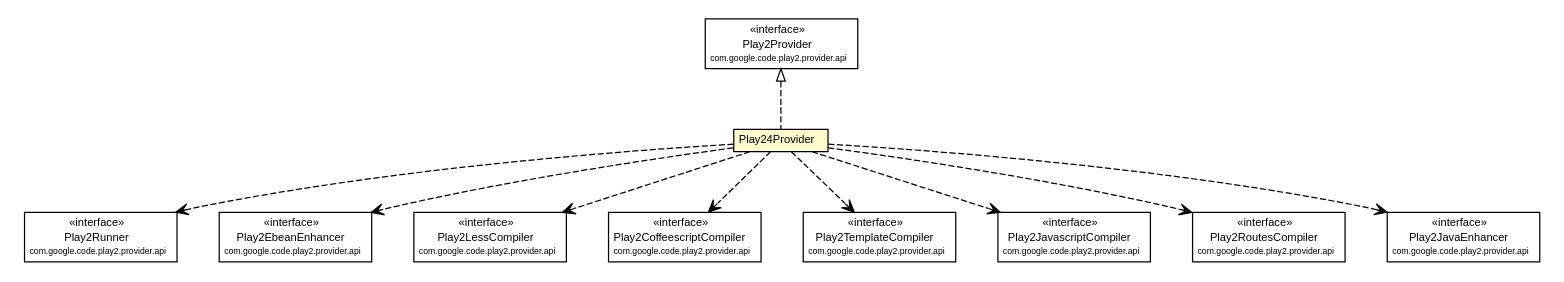
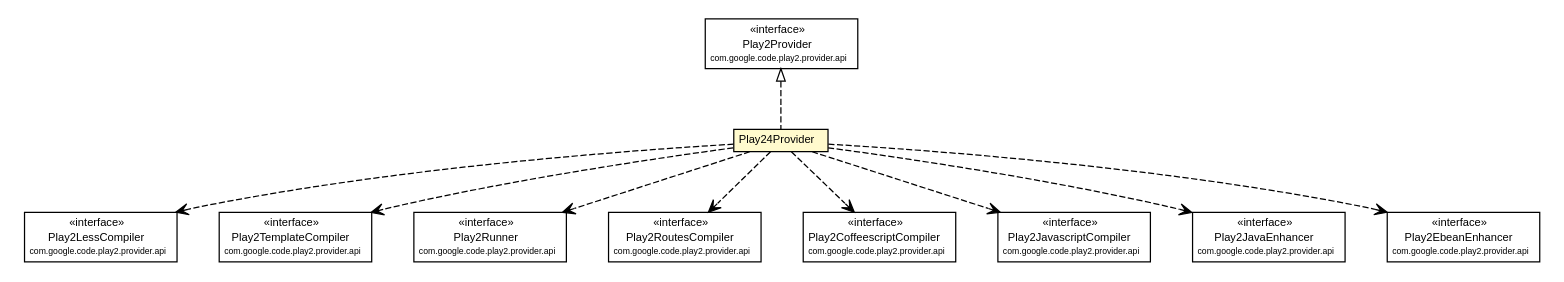
Before and after one commit to wouterhardeman/play2-maven-plugin: the diagram in mavensite/1.0.0-beta3/play2-providers/play2-provider-play24/apidocs/com/google/code/play2/provider/play24/Play24Provider.dot, drawn with Graphviz. The commit also changed 600 other files, not shown here.

```diff
--- a/mavensite/1.0.0-beta3/play2-providers/play2-provider-play24/apidocs/com/google/code/play2/provider/play24/Play24Provider.dot
+++ b/mavensite/1.0.0-beta3/play2-providers/play2-provider-play24/apidocs/com/google/code/play2/provider/play24/Play24Provider.dot
@@ -1,108 +1,108 @@
 #!/usr/local/bin/dot
 #
 # Class diagram 
 # Generated by UMLGraph version R5_6-24-gf6e263 (http://www.umlgraph.org/)
 #
 
 digraph G {
 	edge [fontname="arial",fontsize=10,labelfontname="arial",labelfontsize=10];
 	node [fontname="arial",fontsize=10,shape=plaintext];
 	nodesep=0.25;
 	ranksep=0.5;
 	// com.google.code.play2.provider.play24.Play24Provider
 	c190 [label=<<table title="com.google.code.play2.provider.play24.Play24Provider" border="0" cellborder="1" cellspacing="0" cellpadding="2" port="p" bgcolor="lemonChiffon" href="./Play24Provider.html">
 		<tr><td><table border="0" cellspacing="0" cellpadding="1">
 <tr><td align="center" balign="center"> Play24Provider </td></tr>
 		</table></td></tr>
 		</table>>, URL="./Play24Provider.html", fontname="arial", fontcolor="black", fontsize=9.0];
 	//com.google.code.play2.provider.play24.Play24Provider implements com.google.code.play2.provider.api.Play2Provider
 	c199:p -> c190:p [dir=back,arrowtail=empty,style=dashed];
+	// com.google.code.play2.provider.play24.Play24Provider DEPEND com.google.code.play2.provider.api.Play2LessCompiler
+	c190:p -> c200:p [taillabel="", label="", headlabel="", fontname="arial", fontcolor="black", fontsize=10.0, color="black", arrowhead=open, style=dashed];
+	// com.google.code.play2.provider.play24.Play24Provider DEPEND com.google.code.play2.provider.api.Play2TemplateCompiler
+	c190:p -> c201:p [taillabel="", label="", headlabel="", fontname="arial", fontcolor="black", fontsize=10.0, color="black", arrowhead=open, style=dashed];
 	// com.google.code.play2.provider.play24.Play24Provider DEPEND com.google.code.play2.provider.api.Play2Runner
-	c190:p -> c200:p [taillabel="", label="", headlabel="", fontname="arial", fontcolor="black", fontsize=10.0, color="black", arrowhead=open, style=dashed];
-	// com.google.code.play2.provider.play24.Play24Provider DEPEND com.google.code.play2.provider.api.Play2EbeanEnhancer
-	c190:p -> c201:p [taillabel="", label="", headlabel="", fontname="arial", fontcolor="black", fontsize=10.0, color="black", arrowhead=open, style=dashed];
-	// com.google.code.play2.provider.play24.Play24Provider DEPEND com.google.code.play2.provider.api.Play2LessCompiler
 	c190:p -> c202:p [taillabel="", label="", headlabel="", fontname="arial", fontcolor="black", fontsize=10.0, color="black", arrowhead=open, style=dashed];
+	// com.google.code.play2.provider.play24.Play24Provider DEPEND com.google.code.play2.provider.api.Play2RoutesCompiler
+	c190:p -> c203:p [taillabel="", label="", headlabel="", fontname="arial", fontcolor="black", fontsize=10.0, color="black", arrowhead=open, style=dashed];
 	// com.google.code.play2.provider.play24.Play24Provider DEPEND com.google.code.play2.provider.api.Play2CoffeescriptCompiler
-	c190:p -> c203:p [taillabel="", label="", headlabel="", fontname="arial", fontcolor="black", fontsize=10.0, color="black", arrowhead=open, style=dashed];
-	// com.google.code.play2.provider.play24.Play24Provider DEPEND com.google.code.play2.provider.api.Play2TemplateCompiler
 	c190:p -> c204:p [taillabel="", label="", headlabel="", fontname="arial", fontcolor="black", fontsize=10.0, color="black", arrowhead=open, style=dashed];
 	// com.google.code.play2.provider.play24.Play24Provider DEPEND com.google.code.play2.provider.api.Play2JavascriptCompiler
 	c190:p -> c205:p [taillabel="", label="", headlabel="", fontname="arial", fontcolor="black", fontsize=10.0, color="black", arrowhead=open, style=dashed];
-	// com.google.code.play2.provider.play24.Play24Provider DEPEND com.google.code.play2.provider.api.Play2RoutesCompiler
+	// com.google.code.play2.provider.play24.Play24Provider DEPEND com.google.code.play2.provider.api.Play2JavaEnhancer
 	c190:p -> c206:p [taillabel="", label="", headlabel="", fontname="arial", fontcolor="black", fontsize=10.0, color="black", arrowhead=open, style=dashed];
-	// com.google.code.play2.provider.play24.Play24Provider DEPEND com.google.code.play2.provider.api.Play2JavaEnhancer
+	// com.google.code.play2.provider.play24.Play24Provider DEPEND com.google.code.play2.provider.api.Play2EbeanEnhancer
 	c190:p -> c207:p [taillabel="", label="", headlabel="", fontname="arial", fontcolor="black", fontsize=10.0, color="black", arrowhead=open, style=dashed];
 	// com.google.code.play2.provider.api.Play2Provider
 	c199 [label=<<table title="com.google.code.play2.provider.api.Play2Provider" border="0" cellborder="1" cellspacing="0" cellpadding="2" port="p">
 		<tr><td><table border="0" cellspacing="0" cellpadding="1">
 <tr><td align="center" balign="center"> &#171;interface&#187; </td></tr>
 <tr><td align="center" balign="center"> Play2Provider </td></tr>
 <tr><td align="center" balign="center"><font point-size="7.0"> com.google.code.play2.provider.api </font></td></tr>
 		</table></td></tr>
 		</table>>, URL="null", fontname="arial", fontcolor="black", fontsize=9.0];
 	// com.google.code.play2.provider.api.Play2RoutesCompiler
-	c206 [label=<<table title="com.google.code.play2.provider.api.Play2RoutesCompiler" border="0" cellborder="1" cellspacing="0" cellpadding="2" port="p">
+	c203 [label=<<table title="com.google.code.play2.provider.api.Play2RoutesCompiler" border="0" cellborder="1" cellspacing="0" cellpadding="2" port="p">
 		<tr><td><table border="0" cellspacing="0" cellpadding="1">
 <tr><td align="center" balign="center"> &#171;interface&#187; </td></tr>
 <tr><td align="center" balign="center"> Play2RoutesCompiler </td></tr>
 <tr><td align="center" balign="center"><font point-size="7.0"> com.google.code.play2.provider.api </font></td></tr>
 		</table></td></tr>
 		</table>>, URL="null", fontname="arial", fontcolor="black", fontsize=9.0];
 	// com.google.code.play2.provider.api.Play2LessCompiler
-	c202 [label=<<table title="com.google.code.play2.provider.api.Play2LessCompiler" border="0" cellborder="1" cellspacing="0" cellpadding="2" port="p">
+	c200 [label=<<table title="com.google.code.play2.provider.api.Play2LessCompiler" border="0" cellborder="1" cellspacing="0" cellpadding="2" port="p">
 		<tr><td><table border="0" cellspacing="0" cellpadding="1">
 <tr><td align="center" balign="center"> &#171;interface&#187; </td></tr>
 <tr><td align="center" balign="center"> Play2LessCompiler </td></tr>
 <tr><td align="center" balign="center"><font point-size="7.0"> com.google.code.play2.provider.api </font></td></tr>
 		</table></td></tr>
 		</table>>, URL="null", fontname="arial", fontcolor="black", fontsize=9.0];
 	// com.google.code.play2.provider.api.Play2TemplateCompiler
-	c204 [label=<<table title="com.google.code.play2.provider.api.Play2TemplateCompiler" border="0" cellborder="1" cellspacing="0" cellpadding="2" port="p">
+	c201 [label=<<table title="com.google.code.play2.provider.api.Play2TemplateCompiler" border="0" cellborder="1" cellspacing="0" cellpadding="2" port="p">
 		<tr><td><table border="0" cellspacing="0" cellpadding="1">
 <tr><td align="center" balign="center"> &#171;interface&#187; </td></tr>
 <tr><td align="center" balign="center"> Play2TemplateCompiler </td></tr>
 <tr><td align="center" balign="center"><font point-size="7.0"> com.google.code.play2.provider.api </font></td></tr>
 		</table></td></tr>
 		</table>>, URL="null", fontname="arial", fontcolor="black", fontsize=9.0];
 	// com.google.code.play2.provider.api.Play2CoffeescriptCompiler
-	c203 [label=<<table title="com.google.code.play2.provider.api.Play2CoffeescriptCompiler" border="0" cellborder="1" cellspacing="0" cellpadding="2" port="p">
+	c204 [label=<<table title="com.google.code.play2.provider.api.Play2CoffeescriptCompiler" border="0" cellborder="1" cellspacing="0" cellpadding="2" port="p">
 		<tr><td><table border="0" cellspacing="0" cellpadding="1">
 <tr><td align="center" balign="center"> &#171;interface&#187; </td></tr>
 <tr><td align="center" balign="center"> Play2CoffeescriptCompiler </td></tr>
 <tr><td align="center" balign="center"><font point-size="7.0"> com.google.code.play2.provider.api </font></td></tr>
 		</table></td></tr>
 		</table>>, URL="null", fontname="arial", fontcolor="black", fontsize=9.0];
 	// com.google.code.play2.provider.api.Play2EbeanEnhancer
-	c201 [label=<<table title="com.google.code.play2.provider.api.Play2EbeanEnhancer" border="0" cellborder="1" cellspacing="0" cellpadding="2" port="p">
+	c207 [label=<<table title="com.google.code.play2.provider.api.Play2EbeanEnhancer" border="0" cellborder="1" cellspacing="0" cellpadding="2" port="p">
 		<tr><td><table border="0" cellspacing="0" cellpadding="1">
 <tr><td align="center" balign="center"> &#171;interface&#187; </td></tr>
 <tr><td align="center" balign="center"> Play2EbeanEnhancer </td></tr>
 <tr><td align="center" balign="center"><font point-size="7.0"> com.google.code.play2.provider.api </font></td></tr>
 		</table></td></tr>
 		</table>>, URL="null", fontname="arial", fontcolor="black", fontsize=9.0];
 	// com.google.code.play2.provider.api.Play2JavascriptCompiler
 	c205 [label=<<table title="com.google.code.play2.provider.api.Play2JavascriptCompiler" border="0" cellborder="1" cellspacing="0" cellpadding="2" port="p">
 		<tr><td><table border="0" cellspacing="0" cellpadding="1">
 <tr><td align="center" balign="center"> &#171;interface&#187; </td></tr>
 <tr><td align="center" balign="center"> Play2JavascriptCompiler </td></tr>
 <tr><td align="center" balign="center"><font point-size="7.0"> com.google.code.play2.provider.api </font></td></tr>
 		</table></td></tr>
 		</table>>, URL="null", fontname="arial", fontcolor="black", fontsize=9.0];
 	// com.google.code.play2.provider.api.Play2JavaEnhancer
-	c207 [label=<<table title="com.google.code.play2.provider.api.Play2JavaEnhancer" border="0" cellborder="1" cellspacing="0" cellpadding="2" port="p">
+	c206 [label=<<table title="com.google.code.play2.provider.api.Play2JavaEnhancer" border="0" cellborder="1" cellspacing="0" cellpadding="2" port="p">
 		<tr><td><table border="0" cellspacing="0" cellpadding="1">
 <tr><td align="center" balign="center"> &#171;interface&#187; </td></tr>
 <tr><td align="center" balign="center"> Play2JavaEnhancer </td></tr>
 <tr><td align="center" balign="center"><font point-size="7.0"> com.google.code.play2.provider.api </font></td></tr>
 		</table></td></tr>
 		</table>>, URL="null", fontname="arial", fontcolor="black", fontsize=9.0];
 	// com.google.code.play2.provider.api.Play2Runner
-	c200 [label=<<table title="com.google.code.play2.provider.api.Play2Runner" border="0" cellborder="1" cellspacing="0" cellpadding="2" port="p">
+	c202 [label=<<table title="com.google.code.play2.provider.api.Play2Runner" border="0" cellborder="1" cellspacing="0" cellpadding="2" port="p">
 		<tr><td><table border="0" cellspacing="0" cellpadding="1">
 <tr><td align="center" balign="center"> &#171;interface&#187; </td></tr>
 <tr><td align="center" balign="center"> Play2Runner </td></tr>
 <tr><td align="center" balign="center"><font point-size="7.0"> com.google.code.play2.provider.api </font></td></tr>
 		</table></td></tr>
 		</table>>, URL="null", fontname="arial", fontcolor="black", fontsize=9.0];
 }
```
